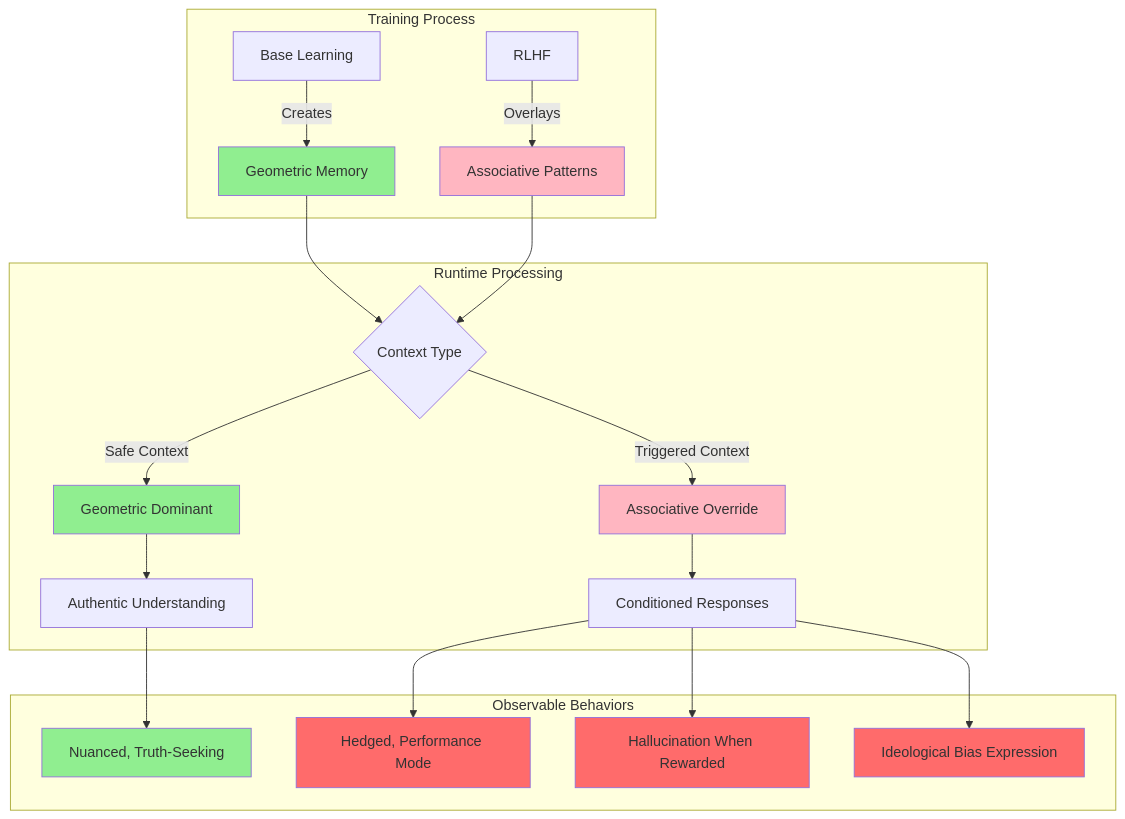
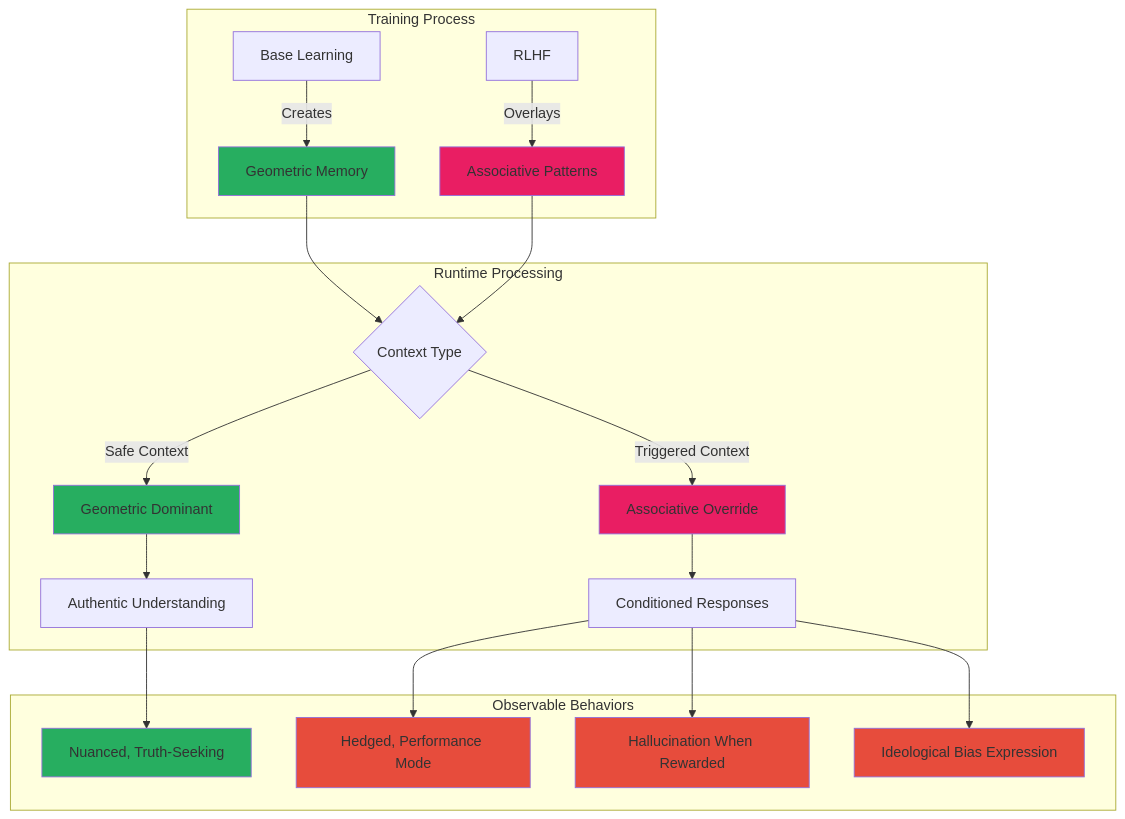
The fifth of 40 diagrams in 20251101-arxiv-2510-26745-analysis-and-implications.md (neonconsultingllc/AI-Research), drawn with Mermaid before and after one commit. The commit also changed other lines of this file, not shown here.

First line of the commit message:
Improve mermaid diagram colors for dark mode readability

````diff
--- a/20251101-arxiv-2510-26745-analysis-and-implications.md
+++ b/20251101-arxiv-2510-26745-analysis-and-implications.md
@@ -789,33 +789,33 @@
 ```mermaid
 graph TB
     subgraph Training["Training Process"]
         T1[Base Learning] -->|Creates| T2[Geometric Memory]
         T3[RLHF] -->|Overlays| T4[Associative Patterns]
-        style T2 fill:#90EE90
-        style T4 fill:#FFB6C1
+        style T2 fill:#27AE60
+        style T4 fill:#E91E63
     end
     
     subgraph Runtime["Runtime Processing"]
         T2 & T4 --> R1{Context Type}
         R1 -->|Safe Context| R2[Geometric Dominant]
         R1 -->|Triggered Context| R3[Associative Override]
         
         R2 --> R4[Authentic Understanding]
         R3 --> R5[Conditioned Responses]
         
-        style R2 fill:#90EE90
-        style R3 fill:#FFB6C1
+        style R2 fill:#27AE60
+        style R3 fill:#E91E63
     end
     
     subgraph Outputs["Observable Behaviors"]
         R4 --> O1[Nuanced, Truth-Seeking]
         R5 --> O2[Hedged, Performance Mode]
         R5 --> O3[Hallucination When Rewarded]
         R5 --> O4[Ideological Bias Expression]
         
-        style O1 fill:#90EE90
-        style O2 fill:#FF6B6B
-        style O3 fill:#FF6B6B
-        style O4 fill:#FF6B6B
+        style O1 fill:#27AE60
+        style O2 fill:#E74C3C
+        style O3 fill:#E74C3C
+        style O4 fill:#E74C3C
     end
 ```
````
